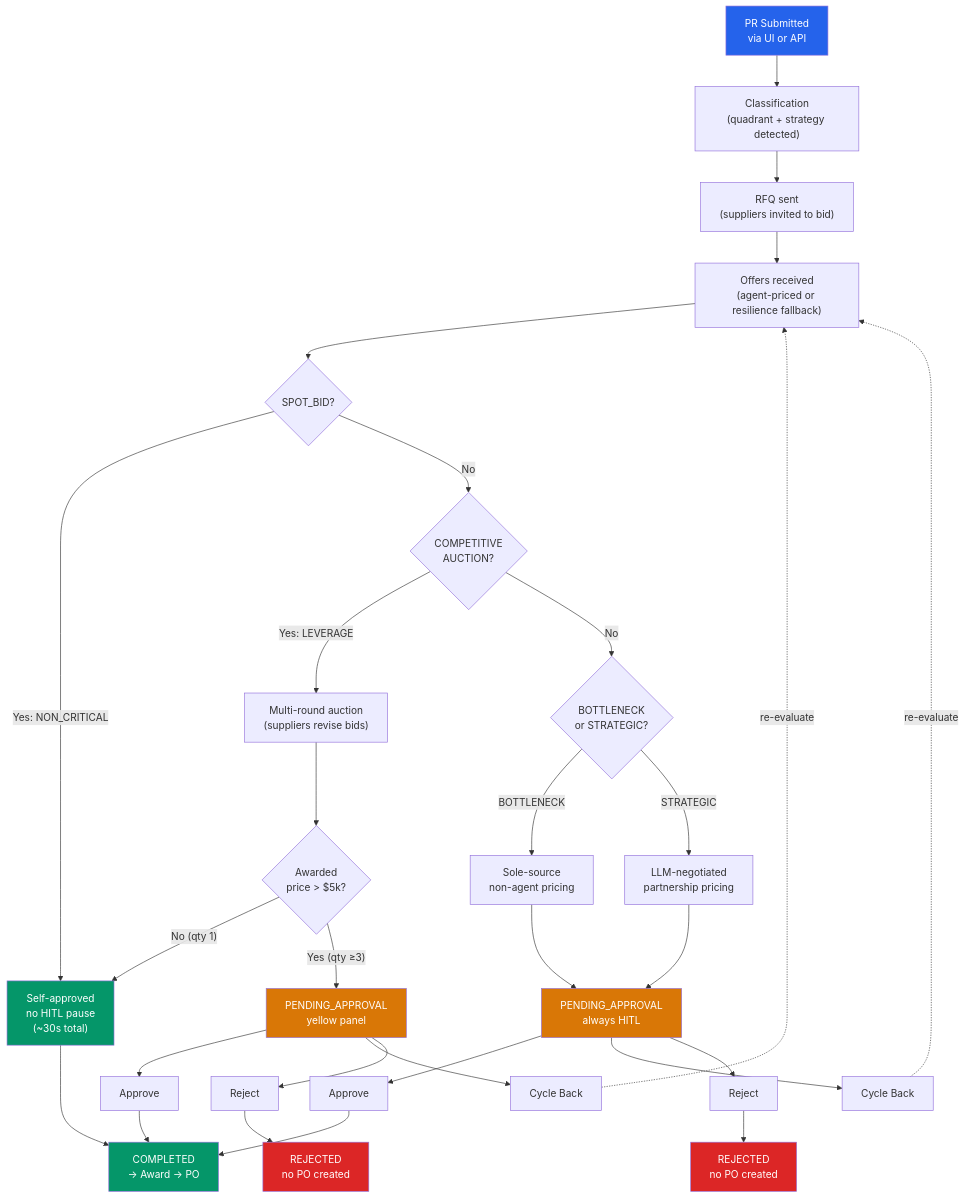
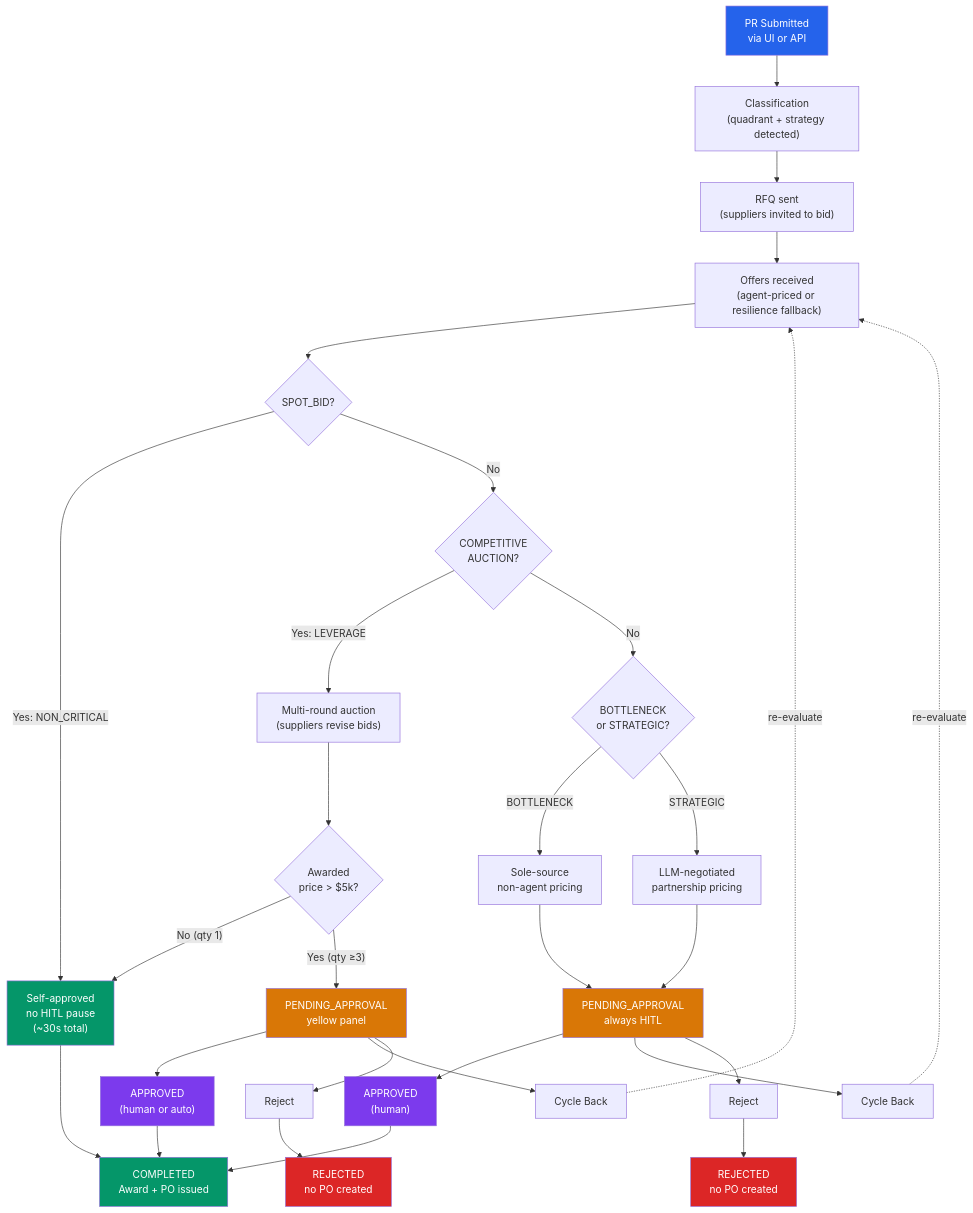
The diagram in DEMO-GUIDE.md (gpazevedo/buyer-team-demo), drawn with Mermaid before and after one commit.

Commit message:
docs: fix mermaid diagram — correct status flow and add APPROVED node
- "COMPLETED → Award → PO" was backwards — corrected to "Award + PO issued"
- Added explicit APPROVED node between PENDING_APPROVAL and COMPLETED
  (purple, with "human or auto" label for lever/non-critical, "human" for
  bottleneck/strategic)
- Matches the corrected status flow in §2: PENDING → IN_PROGRESS →
  EVALUATING → PENDING_APPROVAL → APPROVED → COMPLETED

````diff
--- a/DEMO-GUIDE.md
+++ b/DEMO-GUIDE.md
@@ -93,42 +93,44 @@
 ```mermaid
 flowchart TD
     PR["PR Submitted<br>via UI or API"] --> Classify["Classification<br>(quadrant + strategy detected)"]
     Classify --> RFQ["RFQ sent<br>(suppliers invited to bid)"]
     RFQ --> Offers["Offers received<br>(agent-priced or resilience fallback)"]
 
     Offers --> SPOT{"SPOT_BID?"}
     SPOT -->|Yes: NON_CRITICAL| AutoOK["Self-approved<br>no HITL pause<br>(~30s total)"]
-    AutoOK --> Complete["COMPLETED<br>→ Award → PO"]
+    AutoOK --> Complete["COMPLETED<br>Award + PO issued"]
 
     SPOT -->|No| Auction{"COMPETITIVE<br>AUCTION?"}
     Auction -->|Yes: LEVERAGE| MultiRound["Multi-round auction<br>(suppliers revise bids)"]
     MultiRound --> Check5k{"Awarded<br>price > $5k?"}
     Check5k -->|"No (qty 1)"| AutoOK
     Check5k -->|"Yes (qty ≥3)"| HITL["PENDING_APPROVAL<br>yellow panel"]
-    HITL --> Approve["Approve"]
+    HITL --> Approve["APPROVED<br>(human or auto)"]
     HITL --> CycleBack["Cycle Back"]
     HITL --> Reject["Reject"]
     Approve --> Complete
     CycleBack -.->|"re-evaluate"| Offers
     Reject --> Rejected["REJECTED<br>no PO created"]
 
     Auction -->|No| Bottle{"BOTTLENECK<br>or STRATEGIC?"}
     Bottle -->|BOTTLENECK| SoleSrc1["Sole-source<br>non-agent pricing"]
     Bottle -->|STRATEGIC| SoleSrc2["LLM-negotiated<br>partnership pricing"]
     SoleSrc1 --> HITL2["PENDING_APPROVAL<br>always HITL"]
     SoleSrc2 --> HITL2
-    HITL2 --> Approve2["Approve"]
+    HITL2 --> Approve2["APPROVED<br>(human)"]
     HITL2 --> CycleBack2["Cycle Back"]
     HITL2 --> Reject2["Reject"]
     Approve2 --> Complete
     CycleBack2 -.->|"re-evaluate"| Offers
     Reject2 --> Rejected2["REJECTED<br>no PO created"]
 
     style PR fill:#2563eb,color:#fff
     style AutoOK fill:#059669,color:#fff
     style HITL fill:#d97706,color:#fff
     style HITL2 fill:#d97706,color:#fff
+    style Approve fill:#7c3aed,color:#fff
+    style Approve2 fill:#7c3aed,color:#fff
     style Complete fill:#059669,color:#fff
     style Rejected fill:#dc2626,color:#fff
     style Rejected2 fill:#dc2626,color:#fff
 ```
````
